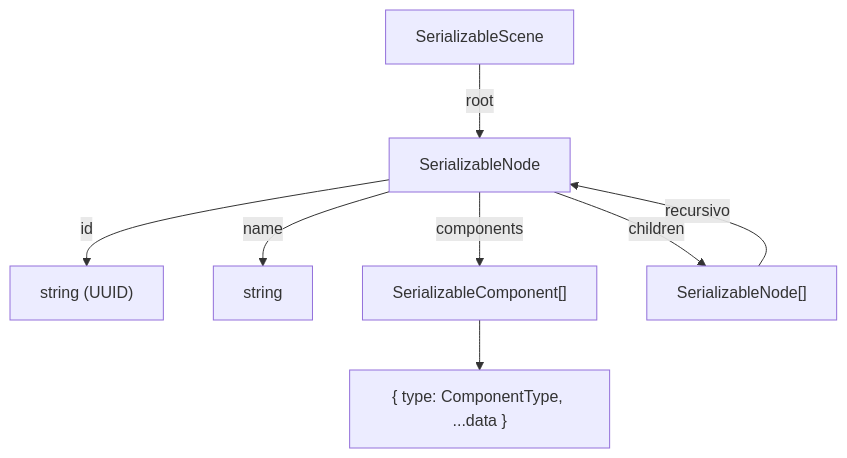
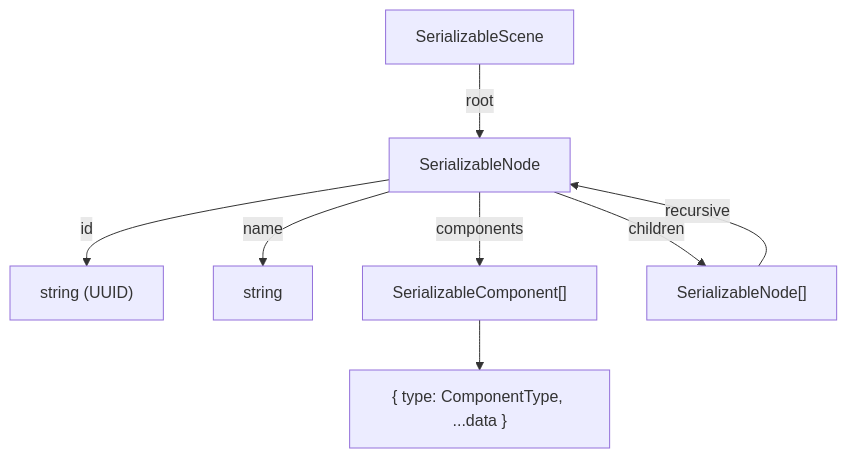
Before and after one commit to joshuacba08/oroya-animate: the third of 3 diagrams in apps/web/src/content/docs/serialization.md, drawn with Mermaid. The commit also changed other lines of this file and 15 other files, not shown here.

````diff
--- a/apps/web/src/content/docs/serialization.md
+++ b/apps/web/src/content/docs/serialization.md
@@ -96,10 +97,10 @@
 ```mermaid
 graph TD
     SS["SerializableScene"] -->|"root"| SN["SerializableNode"]
     SN -->|"id"| ID["string (UUID)"]
     SN -->|"name"| NAME["string"]
     SN -->|"components"| COMPS["SerializableComponent[]"]
     SN -->|"children"| CHILDREN["SerializableNode[]"]
-    CHILDREN -->|"recursivo"| SN
+    CHILDREN -->|"recursive"| SN
     COMPS --> SC["{ type: ComponentType, ...data }"]
 ```
````
